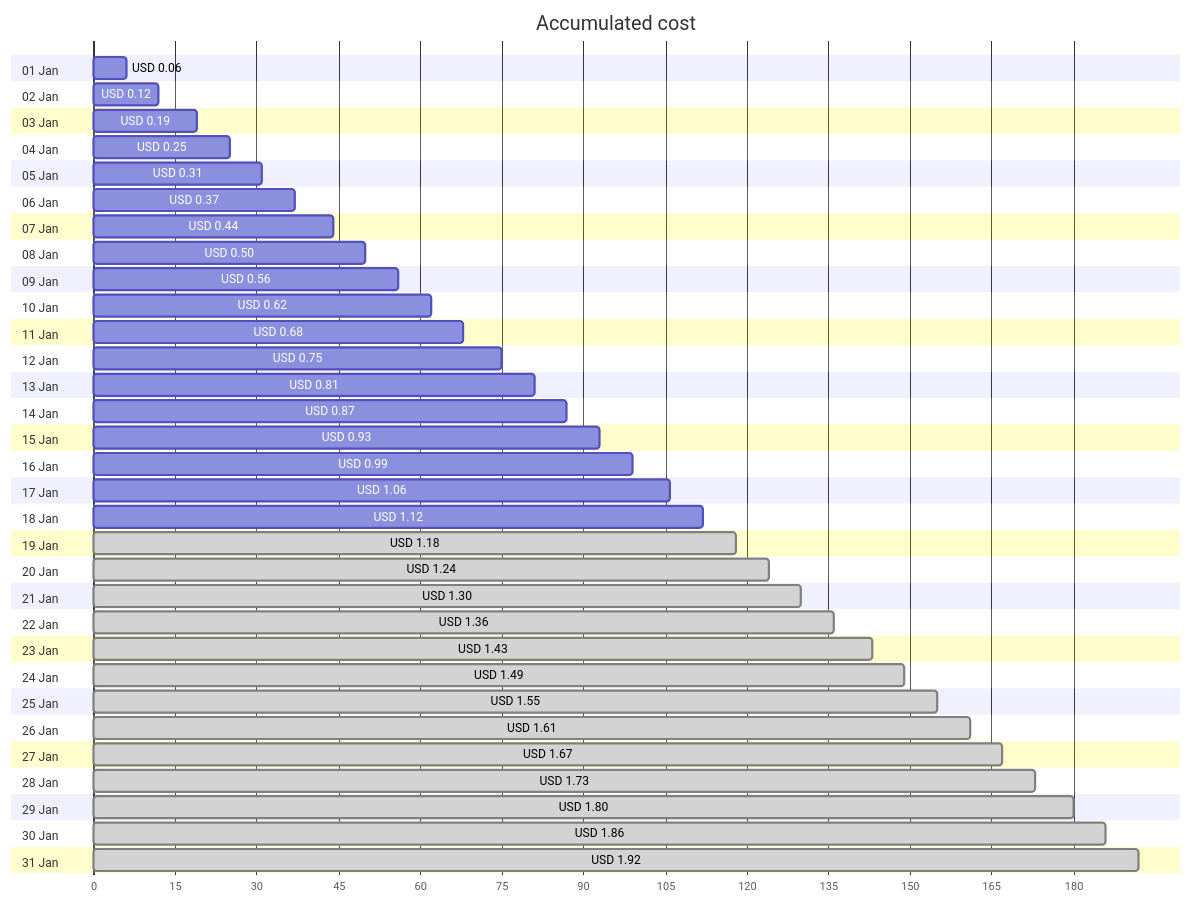
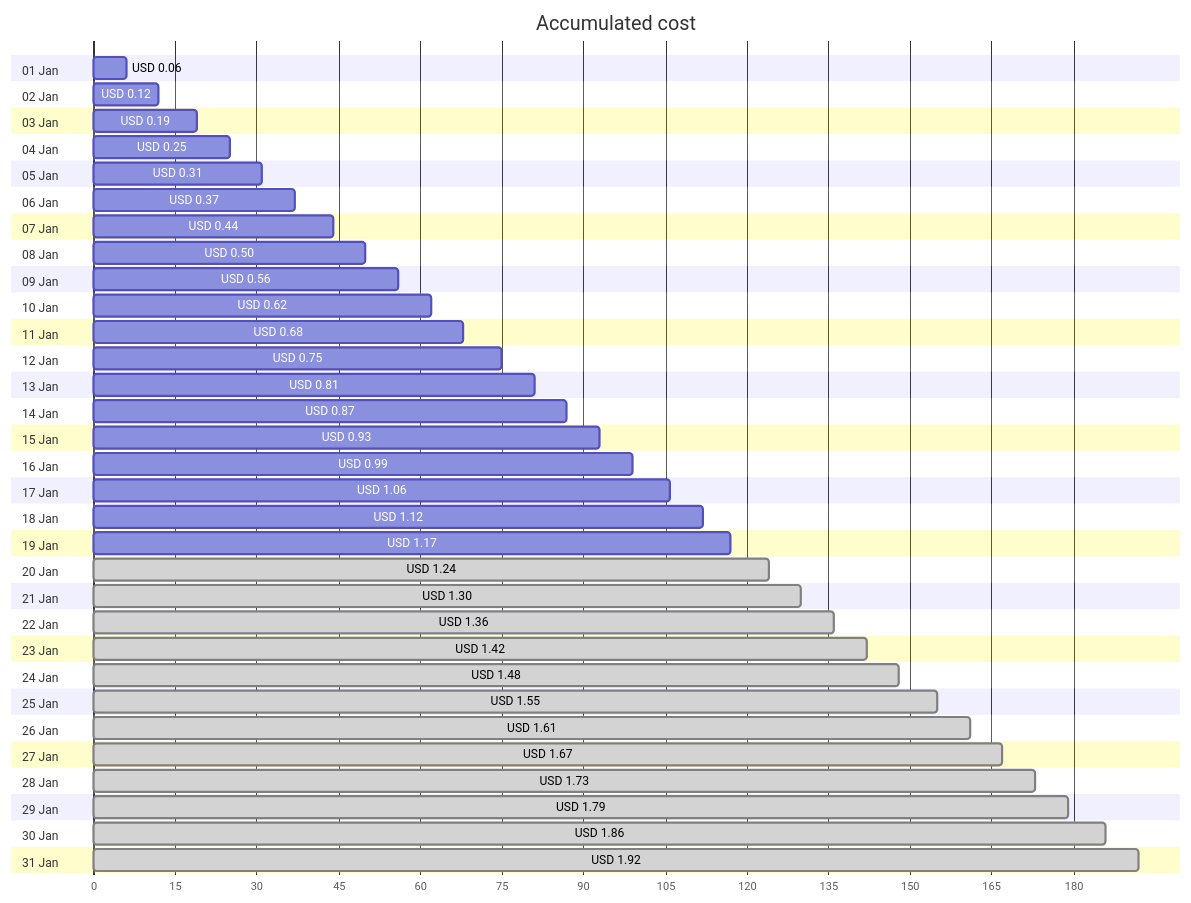
The first of 4 diagrams in cost-reports/personal-network/vpn-server_OsDisk.md (jpfulton/azure-personal-reports), drawn with Mermaid before and after one commit. The commit also changed other lines of this file and 7 other files, not shown here.

````diff
--- a/cost-reports/personal-network/vpn-server_OsDisk.md
+++ b/cost-reports/personal-network/vpn-server_OsDisk.md
@@ -20,68 +20,68 @@
 ```mermaid
 gantt
    title Accumulated cost
    dateFormat  X
    axisFormat %s
    section 01 Jan
    USD 0.06 :0, 6
    section 02 Jan
    USD 0.12 :0, 12
    section 03 Jan
    USD 0.19 :0, 19
    section 04 Jan
    USD 0.25 :0, 25
    section 05 Jan
    USD 0.31 :0, 31
    section 06 Jan
    USD 0.37 :0, 37
    section 07 Jan
    USD 0.44 :0, 44
    section 08 Jan
    USD 0.50 :0, 50
    section 09 Jan
    USD 0.56 :0, 56
    section 10 Jan
    USD 0.62 :0, 62
    section 11 Jan
    USD 0.68 :0, 68
    section 12 Jan
    USD 0.75 :0, 75
    section 13 Jan
    USD 0.81 :0, 81
    section 14 Jan
    USD 0.87 :0, 87
    section 15 Jan
    USD 0.93 :0, 93
    section 16 Jan
    USD 0.99 :0, 99
    section 17 Jan
    USD 1.06 :0, 106
    section 18 Jan
    USD 1.12 :0, 112
    section 19 Jan
-   USD 1.18 : done, 0, 118
+   USD 1.17 :0, 117
    section 20 Jan
    USD 1.24 : done, 0, 124
    section 21 Jan
    USD 1.30 : done, 0, 130
    section 22 Jan
    USD 1.36 : done, 0, 136
    section 23 Jan
-   USD 1.43 : done, 0, 143
+   USD 1.42 : done, 0, 142
    section 24 Jan
-   USD 1.49 : done, 0, 149
+   USD 1.48 : done, 0, 148
    section 25 Jan
    USD 1.55 : done, 0, 155
    section 26 Jan
    USD 1.61 : done, 0, 161
    section 27 Jan
    USD 1.67 : done, 0, 167
    section 28 Jan
    USD 1.73 : done, 0, 173
    section 29 Jan
-   USD 1.80 : done, 0, 180
+   USD 1.79 : done, 0, 179
    section 30 Jan
    USD 1.86 : done, 0, 186
    section 31 Jan
    USD 1.92 : done, 0, 192
 ```
````
